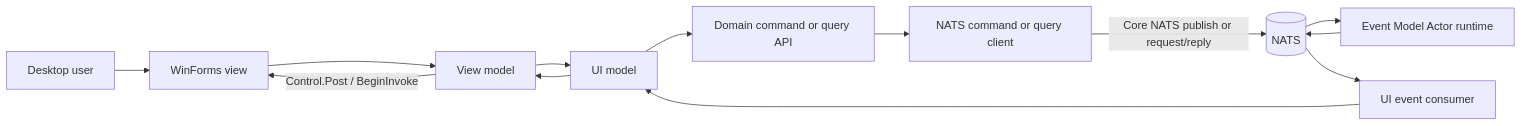
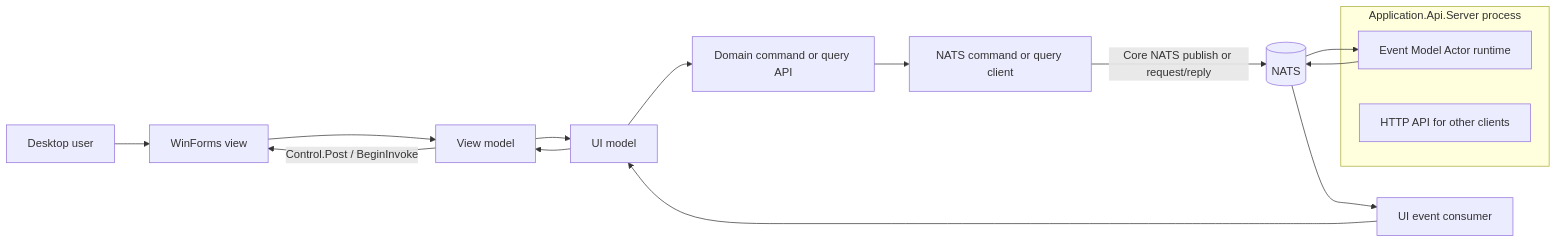
Before and after one commit to basilthomas911/IFM: the first of 2 diagrams in TomasAI.IFM.UI.Net/Docs/UI-Implementation-Details.md, drawn with Mermaid. The commit also changed other lines of this file and 85 other files, not shown here.

````diff
--- a/TomasAI.IFM.UI.Net/Docs/UI-Implementation-Details.md
+++ b/TomasAI.IFM.UI.Net/Docs/UI-Implementation-Details.md
@@ -42,26 +44,29 @@
 ```mermaid
 flowchart LR
     User[Desktop user]
     View[WinForms view]
     ViewModel[View model]
     Model[UI model]
     DomainApi[Domain command or query API]
     NatsClient[NATS command or query client]
     Nats[(NATS)]
     UiConsumer[UI event consumer]
-    ActorRuntime[Event Model Actor runtime]
+    subgraph ApiServer[Application.Api.Server process]
+        ActorRuntime[Event Model Actor runtime]
+        HttpApi[HTTP API for other clients]
+    end
 
     User --> View
     View --> ViewModel
     ViewModel --> Model
     Model --> DomainApi
     DomainApi --> NatsClient
     NatsClient -->|Core NATS publish or request/reply| Nats
     Nats --> ActorRuntime
 
     ActorRuntime --> Nats
     Nats --> UiConsumer
     UiConsumer --> Model
     Model --> ViewModel
     ViewModel -->|Control.Post / BeginInvoke| View
 ```
````
